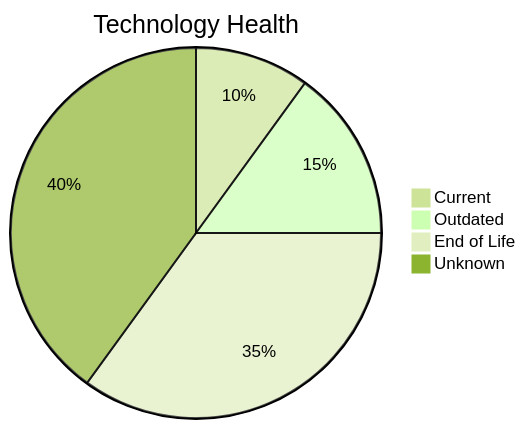
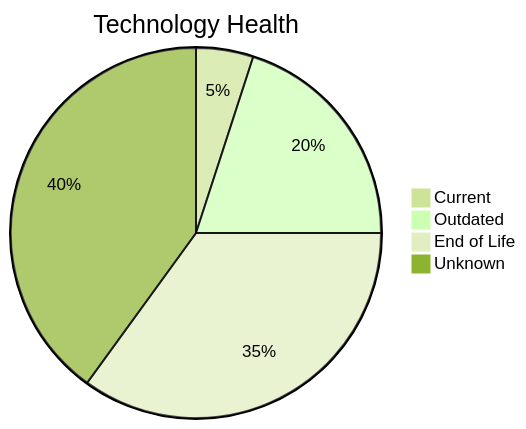
The second of 4 diagrams in output/reports/portfolio_report.md (adjendrzcCG/puste), drawn with Mermaid (forest theme) before and after one commit. The commit also changed other lines of this file and 19 other files, not shown here.

````diff
--- a/output/reports/portfolio_report.md
+++ b/output/reports/portfolio_report.md
@@ -19,7 +19,7 @@
 ```mermaid
 pie title Technology Health
-    "Current" : 2
-    "Outdated" : 3
+    "Current" : 1
+    "Outdated" : 4
     "End of Life" : 7
     "Unknown" : 8
 ```
````
